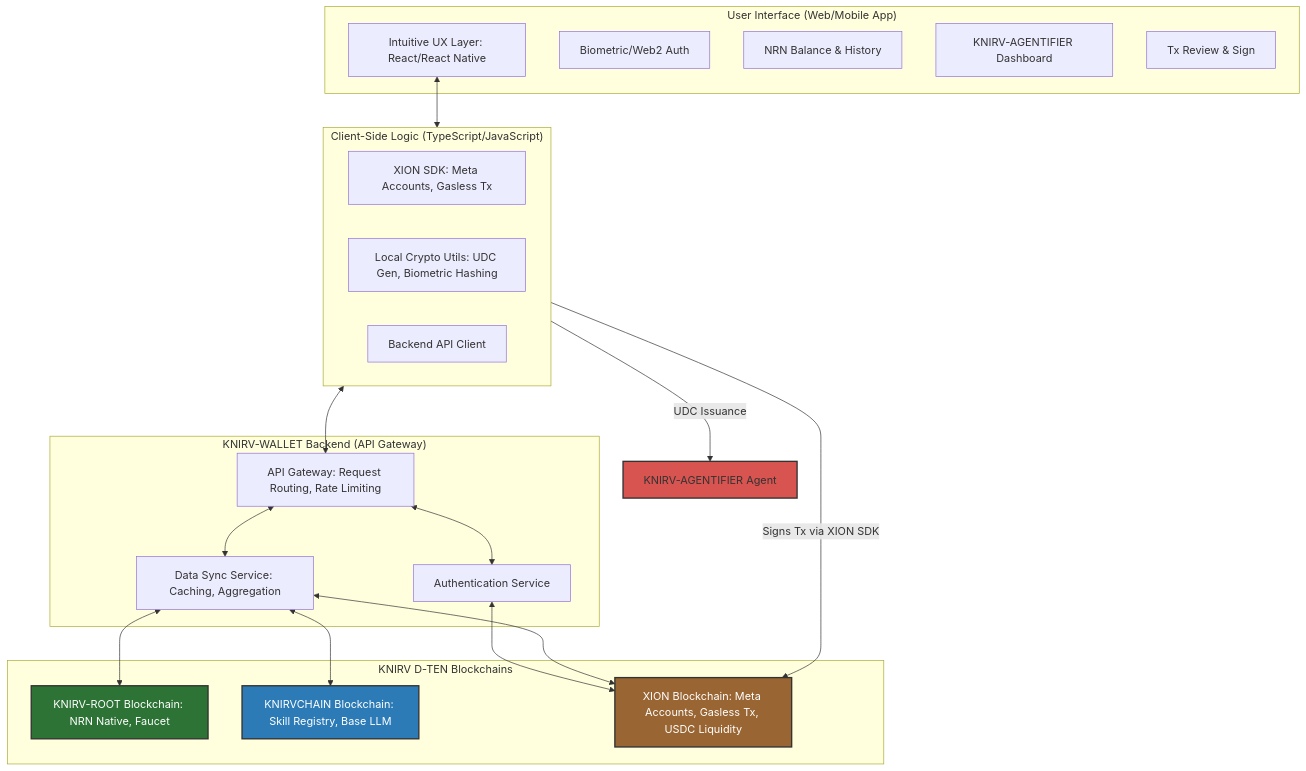
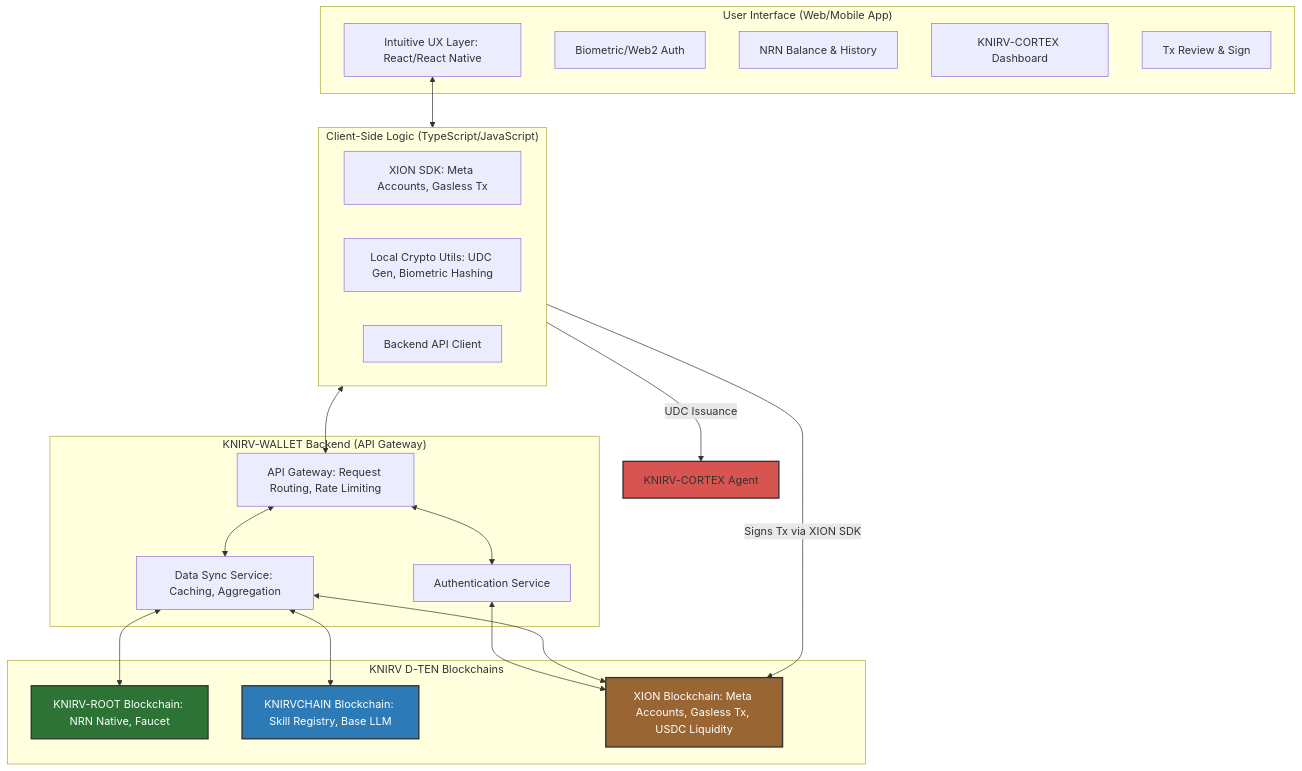
One commit to guiperry/KNIRV_NETWORK changed the diagram in KNIRVGATEWAY/documentation/docsify/whitepapers/KNIRVWALLET_Whitepaper.md. Above: the diagram before and after it, drawn with Mermaid. The commit also changed other lines of this file and 441 other files, not shown here.

````diff
--- a/KNIRVGATEWAY/documentation/docsify/whitepapers/KNIRVWALLET_Whitepaper.md
+++ b/KNIRVGATEWAY/documentation/docsify/whitepapers/KNIRVWALLET_Whitepaper.md
@@ -60,46 +60,46 @@
 ```mermaid
 graph TD
     subgraph UserInterface["User Interface (Web/Mobile App)"]
         UI[Intuitive UX Layer: React/React Native]
         Auth[Biometric/Web2 Auth]
         NRN_Display[NRN Balance & History]
-        Agent_Control[KNIRV-AGENTIFIER Dashboard]
+        Agent_Control[KNIRV-CORTEX Dashboard]
         Tx_Review[Tx Review & Sign]
     end
 
     subgraph ClientSideLogic["Client-Side Logic (TypeScript/JavaScript)"]
         XION_SDK[XION SDK: Meta Accounts, Gasless Tx]
         Crypto_Utils[Local Crypto Utils: UDC Gen, Biometric Hashing]
         API_Client[Backend API Client]
     end
 
     subgraph KNIRV_WALLET_BACKEND["KNIRV-WALLET Backend (API Gateway)"]
         API_GW[API Gateway: Request Routing, Rate Limiting]
         Auth_Service[Authentication Service]
         Data_Sync[Data Sync Service: Caching, Aggregation]
     end
 
     subgraph KNIRV_D_TEN_BLOCKCHAINS[KNIRV D-TEN Blockchains]
         KRBC[KNIRV-ROOT Blockchain: NRN Native, Faucet]
         KCC[KNIRVCHAIN Blockchain: Skill Registry, Base LLM]
         XION[XION Blockchain: Meta Accounts, Gasless Tx, USDC Liquidity]
     end
 
     UI <--> ClientSideLogic
     ClientSideLogic <--> API_GW
     API_GW <--> Auth_Service
     API_GW <--> Data_Sync
     
     Auth_Service <--> XION
     Data_Sync <--> KRBC
     Data_Sync <--> KCC
     Data_Sync <--> XION
     
     ClientSideLogic -- "Signs Tx via XION SDK" --> XION
-    ClientSideLogic -- "UDC Issuance" --> KS[KNIRV-AGENTIFIER Agent]
+    ClientSideLogic -- "UDC Issuance" --> KS[KNIRV-CORTEX Agent]
     
     style KRBC fill:#2d7336,stroke:#333,stroke-width:2px,color:#fff
     style KCC fill:#2c7bb6,stroke:#333,stroke-width:2px,color:#fff
     style XION fill:#996633,stroke:#333,stroke-width:2px,color:#fff
     style KS fill:#d85450,stroke:#333,stroke-width:2px
 ```
````
